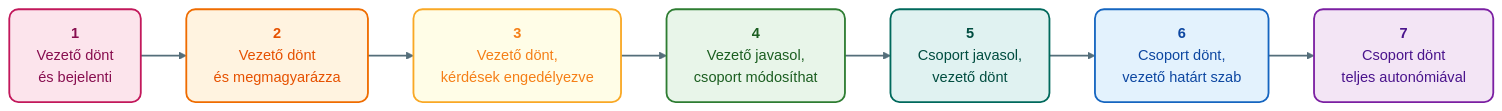
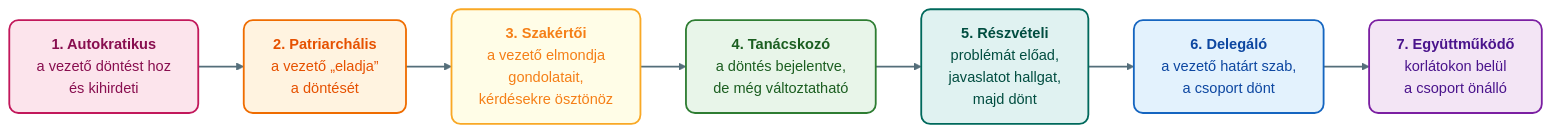
One commit to denespocsik/MM_BSC_Zarovizsga changed the diagram in Tételek/K05-GMXMD1MBLF-Vezetői stílusok.tétel.md. Above: the diagram before and after it, drawn with Mermaid. The commit also changed other lines of this file and 2 other files, not shown here.

````diff
--- a/Tételek/K05-GMXMD1MBLF-Vezetői stílusok.tétel.md
+++ b/Tételek/K05-GMXMD1MBLF-Vezetői stílusok.tétel.md
@@ -46,19 +72,19 @@
 ```mermaid
 graph LR
-    A1["<b>1</b><br/>Vezető dönt<br/>és bejelenti"]:::rozsa --> A2["<b>2</b><br/>Vezető dönt<br/>és megmagyarázza"]:::narancs
-    A2 --> A3["<b>3</b><br/>Vezető dönt,<br/>kérdések engedélyezve"]:::sarga
-    A3 --> A4["<b>4</b><br/>Vezető javasol,<br/>csoport módosíthat"]:::zold
-    A4 --> A5["<b>5</b><br/>Csoport javasol,<br/>vezető dönt"]:::turkiz
-    A5 --> A6["<b>6</b><br/>Csoport dönt,<br/>vezető határt szab"]:::kek
-    A6 --> A7["<b>7</b><br/>Csoport dönt<br/>teljes autonómiával"]:::lila
+    A1["<b>1. Autokratikus</b><br/>a vezető döntést hoz<br/>és kihirdeti"]:::rozsa --> A2["<b>2. Patriarchális</b><br/>a vezető „eladja”<br/>a döntését"]:::narancs
+    A2 --> A3["<b>3. Szakértői</b><br/>a vezető elmondja<br/>gondolatait,<br/>kérdésekre ösztönöz"]:::sarga
+    A3 --> A4["<b>4. Tanácskozó</b><br/>a döntés bejelentve,<br/>de még változtatható"]:::zold
+    A4 --> A5["<b>5. Részvételi</b><br/>problémát előad,<br/>javaslatot hallgat,<br/>majd dönt"]:::turkiz
+    A5 --> A6["<b>6. Delegáló</b><br/>a vezető határt szab,<br/>a csoport dönt"]:::kek
+    A6 --> A7["<b>7. Együttműködő</b><br/>korlátokon belül<br/>a csoport önálló"]:::lila
 
     classDef kek     fill:#e3f2fd,stroke:#1565c0,stroke-width:2px,color:#0d47a1,rx:10,ry:10;
     classDef zold    fill:#e8f5e9,stroke:#2e7d32,stroke-width:2px,color:#1b5e20,rx:10,ry:10;
     classDef narancs fill:#fff3e0,stroke:#ef6c00,stroke-width:2px,color:#e65100,rx:10,ry:10;
     classDef rozsa   fill:#fce4ec,stroke:#c2185b,stroke-width:2px,color:#880e4f,rx:10,ry:10;
     classDef lila    fill:#f3e5f5,stroke:#7b1fa2,stroke-width:2px,color:#4a148c,rx:10,ry:10;
     classDef turkiz  fill:#e0f2f1,stroke:#00695c,stroke-width:2px,color:#004d40,rx:10,ry:10;
     classDef sarga   fill:#fffde7,stroke:#f9a825,stroke-width:2px,color:#f57f17,rx:10,ry:10;
 
     linkStyle default stroke:#546e7a,stroke-width:2px;
 ```
````
